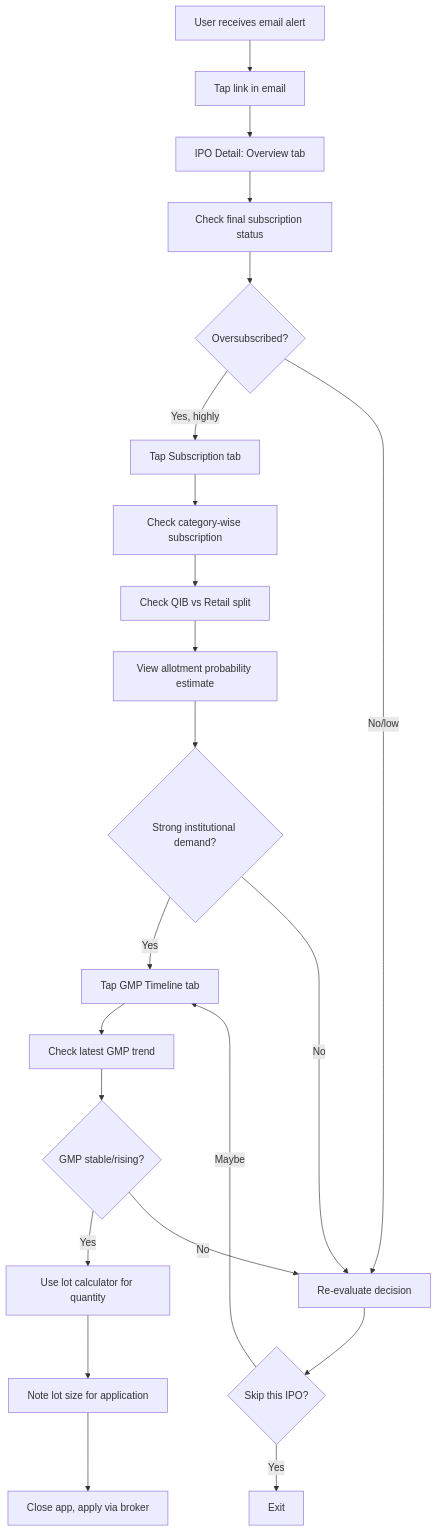
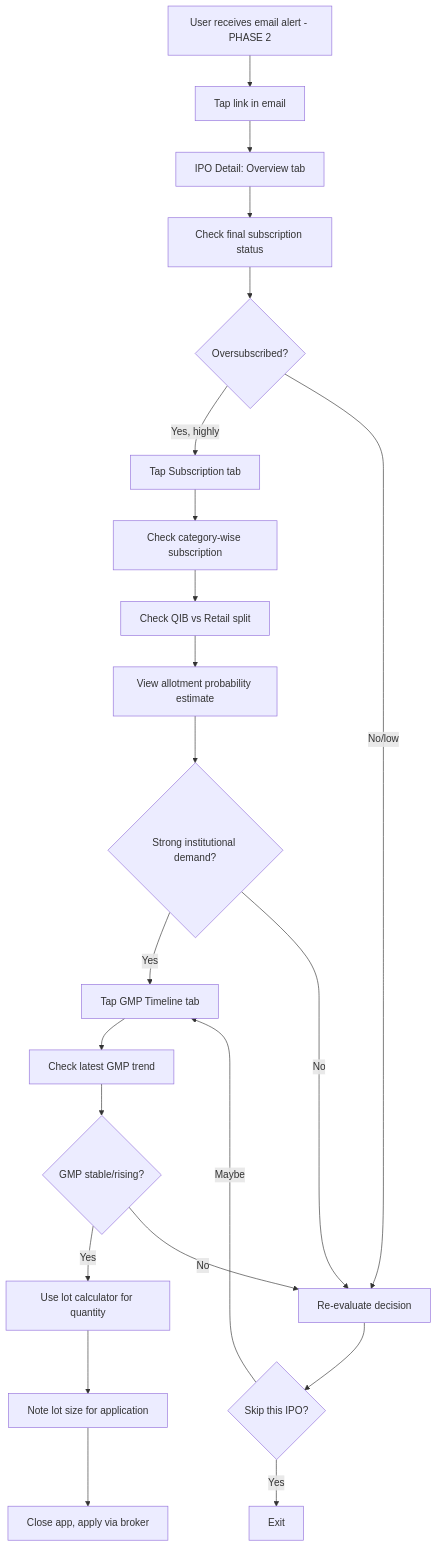
Before and after one commit to abhayla/IPODhan: the fourth of 4 diagrams in docs/front-end-spec.md, drawn with Mermaid. The commit also changed other lines of this file and 4 other files, not shown here.

````diff
--- a/docs/front-end-spec.md
+++ b/docs/front-end-spec.md
@@ -321,24 +324,24 @@
 ```mermaid
 graph TD
-    A[User receives email alert] --> B[Tap link in email]
+    A[User receives email alert - PHASE 2] --> B[Tap link in email]
     B --> C[IPO Detail: Overview tab]
     C --> D[Check final subscription status]
     D --> E{Oversubscribed?}
     E -->|Yes, highly| F[Tap Subscription tab]
     E -->|No/low| G[Re-evaluate decision]
     F --> H[Check category-wise subscription]
     H --> I[Check QIB vs Retail split]
     I --> J[View allotment probability estimate]
     J --> K{Strong institutional demand?}
     K -->|Yes| L[Tap GMP Timeline tab]
     K -->|No| G
     L --> M[Check latest GMP trend]
     M --> N{GMP stable/rising?}
     N -->|Yes| O[Use lot calculator for quantity]
     N -->|No| G
     O --> P[Note lot size for application]
     P --> Q[Close app, apply via broker]
     G --> R{Skip this IPO?}
     R -->|Yes| S[Exit]
     R -->|Maybe| L
 ```
````
